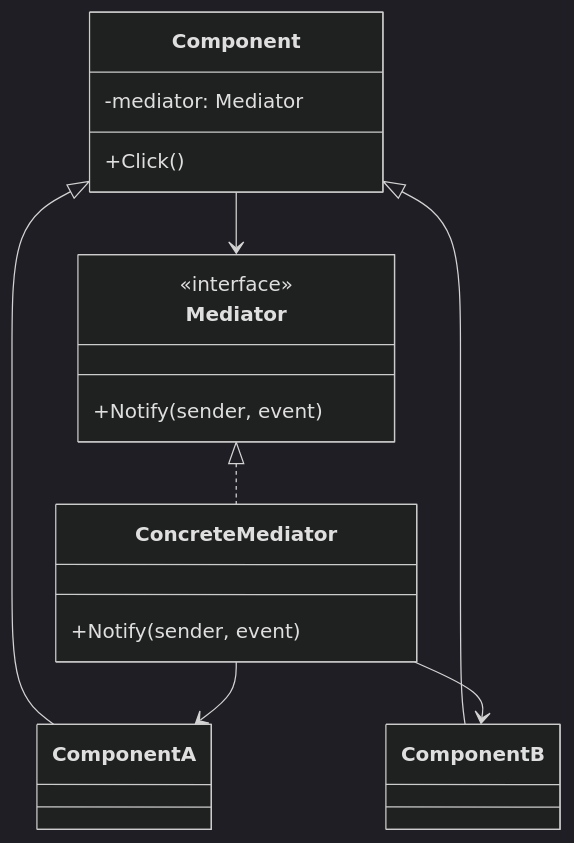
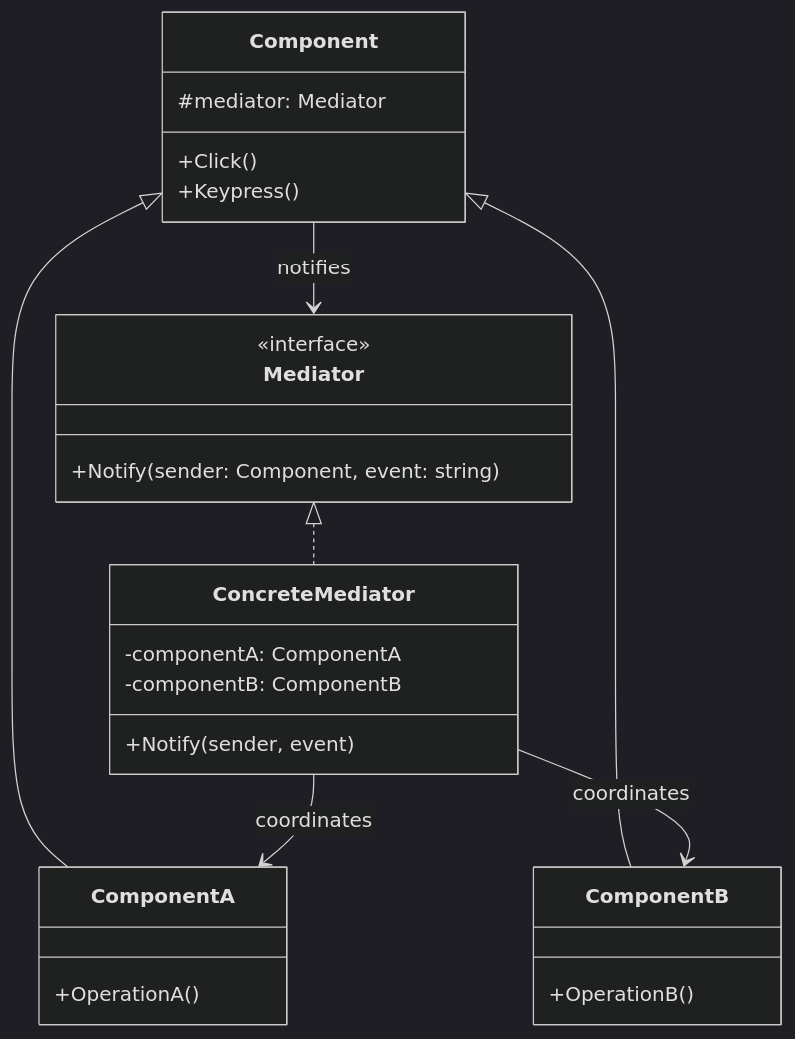
The fourth of 11 diagrams in raw/cs/design-patterns/behavioral-patterns.md (minijb/Wiki), drawn with Mermaid (dark theme) before and after one commit. The commit also changed other lines of this file and 962 other files, not shown here.

````diff
--- a/raw/cs/design-patterns/behavioral-patterns.md
+++ b/raw/cs/design-patterns/behavioral-patterns.md
@@ -367,23 +498,30 @@
 ```mermaid
 classDiagram
     class Mediator {
         <<interface>>
-        +Notify(sender, event)
+        +Notify(sender: Component, event: string)
     }
     class ConcreteMediator {
+        -componentA: ComponentA
+        -componentB: ComponentB
         +Notify(sender, event)
     }
     class Component {
-        -mediator: Mediator
+        #mediator: Mediator
         +Click()
+        +Keypress()
     }
-    class ComponentA
-    class ComponentB
+    class ComponentA {
+        +OperationA()
+    }
+    class ComponentB {
+        +OperationB()
+    }
 
     Mediator <|.. ConcreteMediator
     Component <|-- ComponentA
     Component <|-- ComponentB
-    Component --> Mediator
-    ConcreteMediator --> ComponentA
-    ConcreteMediator --> ComponentB
+    Component --> Mediator : notifies
+    ConcreteMediator --> ComponentA : coordinates
+    ConcreteMediator --> ComponentB : coordinates
 ```
````
